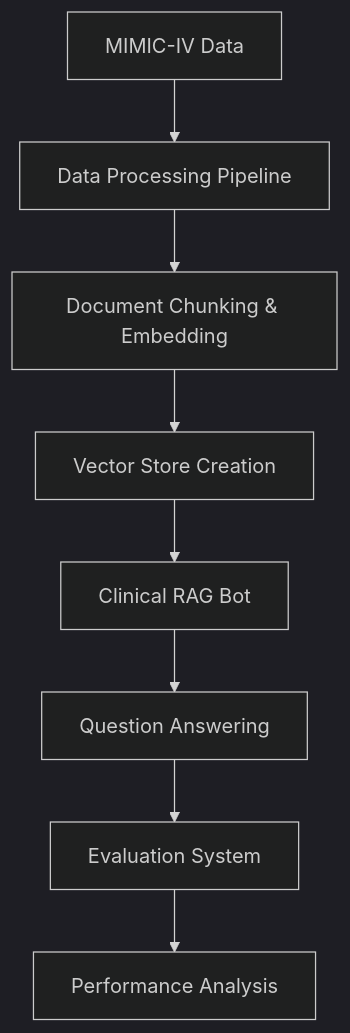
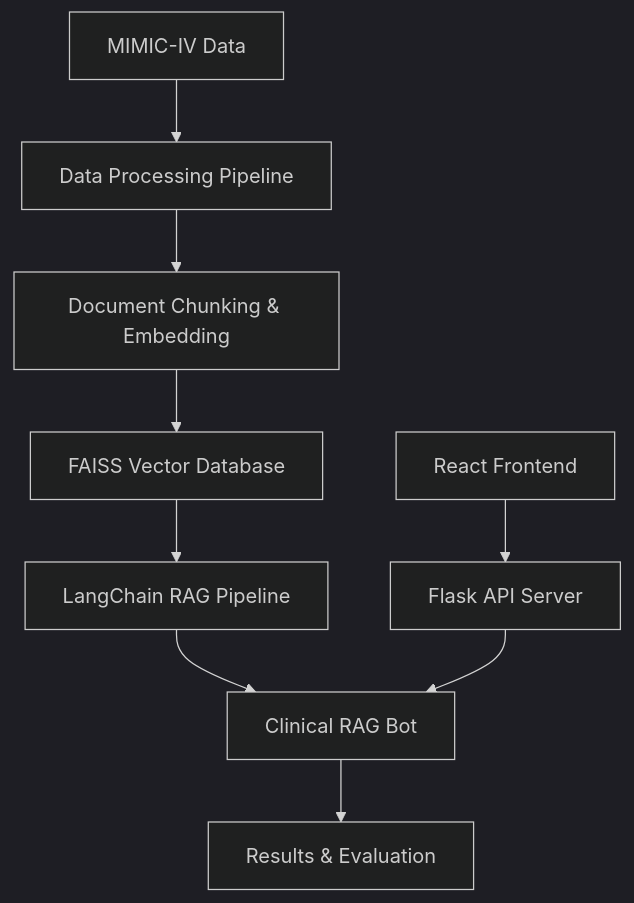
The diagram in README.md (DevNick21/Clinical_RAG_chat_bot), drawn with Mermaid (dark theme) before and after one commit. The commit also changed other lines of this file and 60 other files, not shown here.

````diff
--- a/README.md
+++ b/README.md
@@ -16,10 +18,12 @@
 ```mermaid
 graph TD
     A[MIMIC-IV Data] --> B[Data Processing Pipeline]
     B --> C[Document Chunking & Embedding]
-    C --> D[Vector Store Creation]
-    D --> E[Clinical RAG Bot]
-    E --> F[Question Answering]
-    F --> G[Evaluation System]
-    G --> H[Performance Analysis]
+    C --> D[FAISS Vector Database]
+    D --> E[LangChain RAG Pipeline]
+    E --> F[Clinical RAG Bot]
+    F --> G[Results & Evaluation]
+
+    H[React Frontend] --> I[Flask API Server]
+    I --> F
 ```
````
